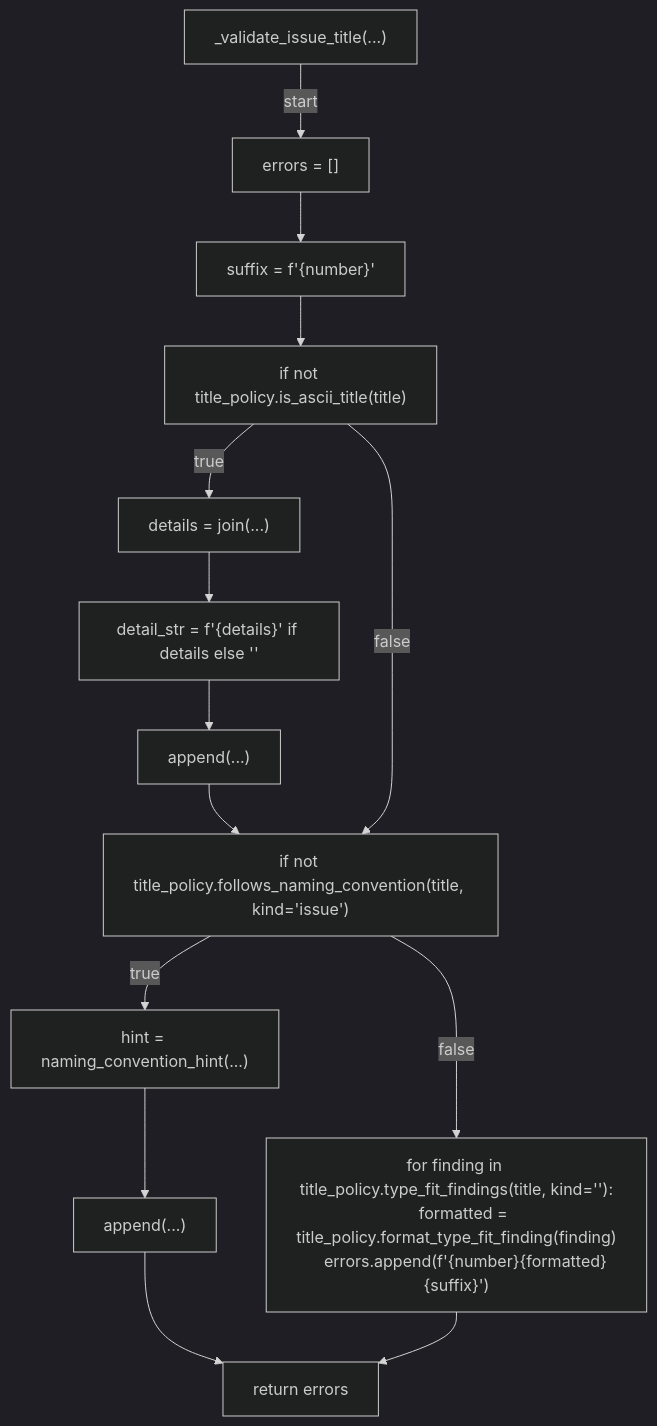
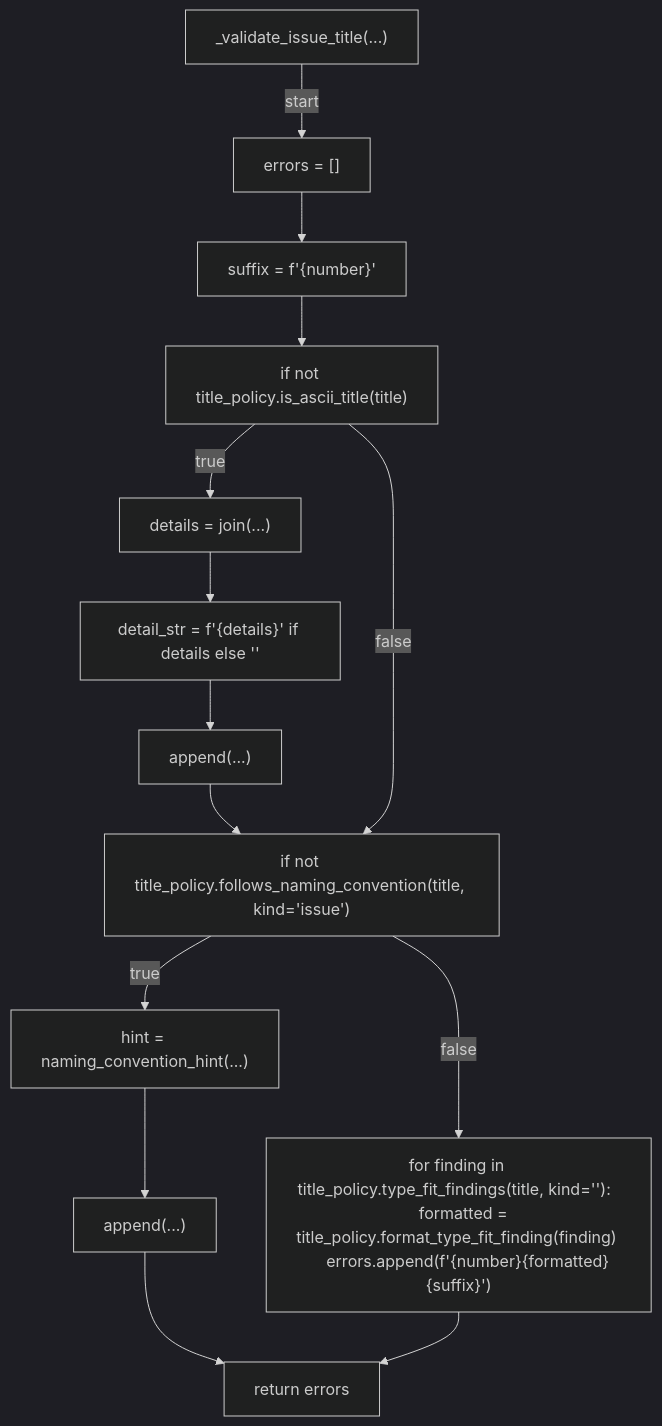
The third of 6 diagrams in docs/generated/scripts/ast/verify_linked_issue_titles.md (tvna/claude-md), drawn with Mermaid (dark theme) before and after one commit. The commit also changed other lines of this file and 15 other files, not shown here.

First line of the commit message:
docs(generated): regenerate decision tree and workflow diagrams (batch 5/5)

````diff
--- a/docs/generated/scripts/ast/verify_linked_issue_titles.md
+++ b/docs/generated/scripts/ast/verify_linked_issue_titles.md
@@ -47,30 +47,28 @@
 ```mermaid
 flowchart TD
     N001["_validate_issue_title(...)"]
     N002["errors = []"]
     N003["suffix = f'<str>{number}<str>'"]
     N004["if not title_policy.is_ascii_title(title)"]
     N005["details = join(...)"]
     N006["detail_str = f'<str>{details}<str>' if details else '<str>'"]
     N007["append(...)"]
     N008["if not title_policy.follows_naming_convention(title, kind='issue')"]
     N009["hint = naming_convention_hint(...)"]
     N010["append(...)"]
-    N011["for finding in title_policy.type_fit_findings(title, kind='<str>'):
-    formatted = title_policy.format_type_fit_finding(finding)
-    errors.append(f'<str>{number}<str>{formatted}{suffix}')"]
+    N011["for finding in title_policy.type_fit_findings(title, kind='<str>'):     formatted = title_policy.format_type_fit_finding(finding)     errors.append(f'<str>{number}<str>{formatted}{suffix}')"]
     N012["return errors"]
     N001 -->|"start"| N002
     N002 --> N003
     N003 --> N004
     N004 -->|"true"| N005
     N005 --> N006
     N006 --> N007
     N007 --> N008
     N004 -->|"false"| N008
     N008 -->|"true"| N009
     N009 --> N010
     N008 -->|"false"| N011
     N010 --> N012
     N011 --> N012
 ```
````
